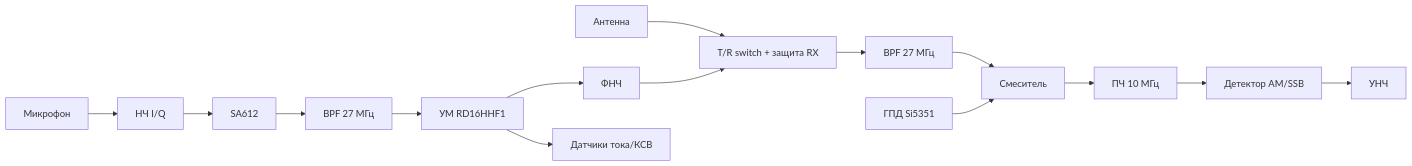
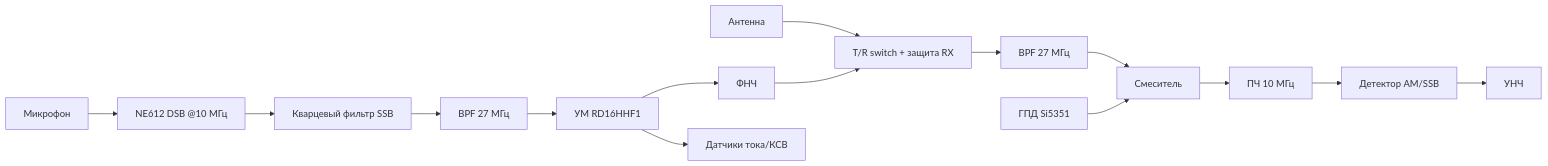
Before and after one commit to okunevpy-create/TRX_27MHz: the diagram in docs/block-diagram.md, drawn with Mermaid. The commit also changed other lines of this file and 10 other files, not shown here.

````diff
--- a/docs/block-diagram.md
+++ b/docs/block-diagram.md
@@ -3,18 +3,18 @@
 ```mermaid
 graph LR
     ANT[Антенна] --> TR[T/R switch + защита RX]
     TR --> BPF[BPF 27 МГц]
     BPF --> MIX[Смеситель]
     MIX --> IF[ПЧ 10 МГц]
     IF --> DET[Детектор AM/SSB]
     DET --> AMP[УНЧ]
     VFO[ГПД Si5351] --> MIX
 
-    MIC[Микрофон] --> IQ[НЧ I/Q]
-    IQ --> MOD[SA612]
-    MOD --> BPF2[BPF 27 МГц]
+    MIC[Микрофон] --> MOD[NE612 DSB @10 МГц]
+    MOD --> XFIL[Кварцевый фильтр SSB]
+    XFIL --> BPF2[BPF 27 МГц]
     BPF2 --> PA[УМ RD16HHF1]
     PA --> LPF[ФНЧ]
     LPF --> TR
     PA --> SWR[Датчики тока/КСВ]
 ```
````
